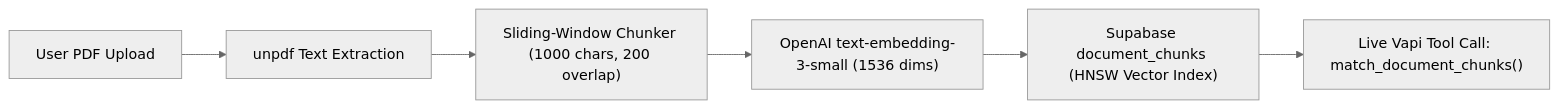
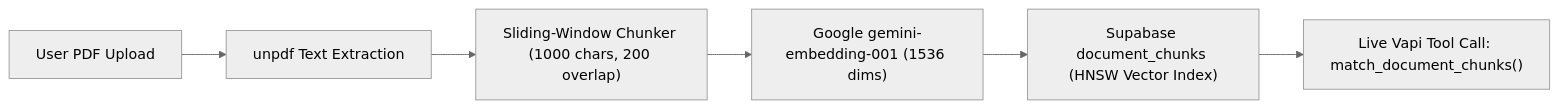
One commit to ishan1603/NeuraNest changed the third of 4 diagrams in README.md. Above: the diagram before and after it, drawn with Mermaid (neutral theme). The commit also changed other lines of this file and 5 other files, not shown here.

Commit message:
feat(ai): use Google Gemini for post-session insights and RAG embeddings

````diff
--- a/README.md
+++ b/README.md
@@ -154,8 +154,8 @@
 ```mermaid
 flowchart LR
   PDF["User PDF Upload"] --> Parse["unpdf Text Extraction"]
   Parse --> Chunk["Sliding-Window Chunker (1000 chars, 200 overlap)"]
-  Chunk --> Embed["OpenAI text-embedding-3-small (1536 dims)"]
+  Chunk --> Embed["Google gemini-embedding-001 (1536 dims)"]
   Embed --> Store["Supabase document_chunks (HNSW Vector Index)"]
   Store --> Search["Live Vapi Tool Call: match_document_chunks()"]
 ```
````
